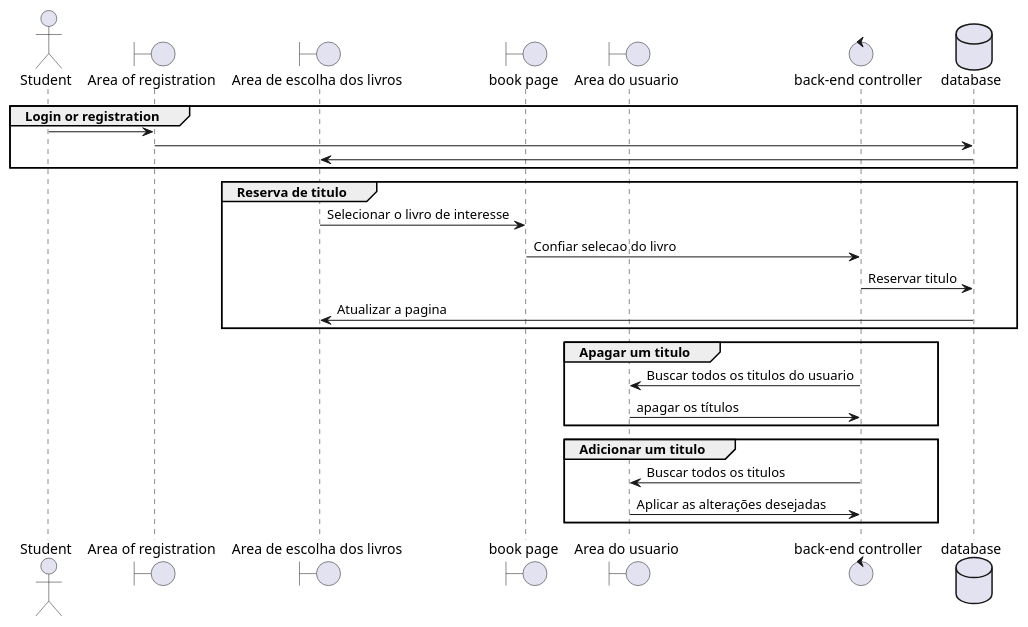
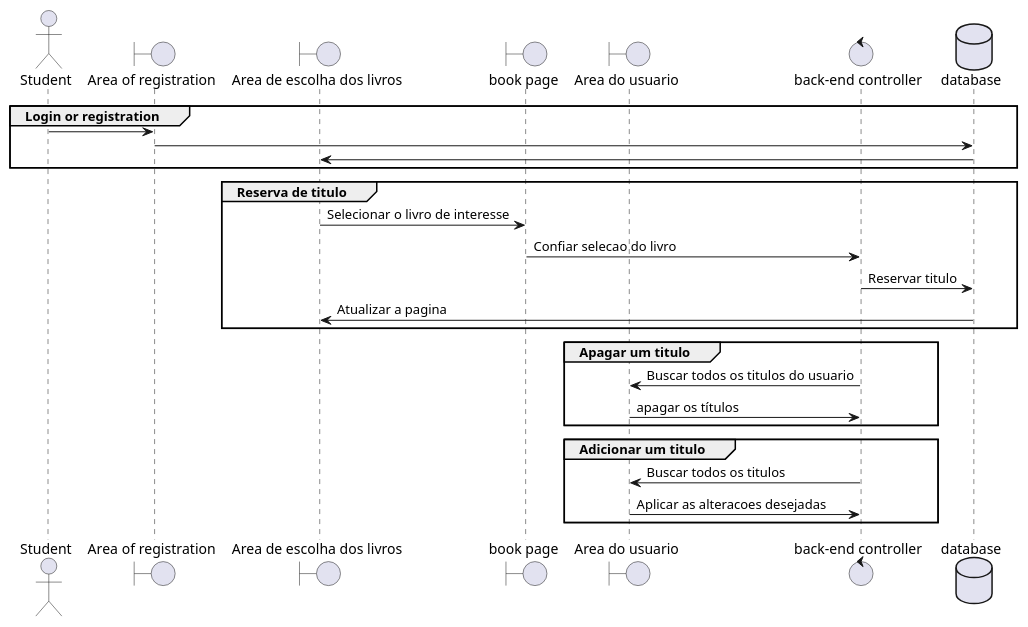
Before and after one commit to rickymal/bug-free-invention: the diagram in uml/sequence.puml, drawn with PlantUML. The commit also changed 8 other files, not shown here.

```diff
--- a/uml/sequence.puml
+++ b/uml/sequence.puml
@@ -1,55 +1,55 @@
 @startuml
 
 
 actor       Student      as student
 
 
 boundary "Area of registration" as register
 boundary "Area de escolha dos livros" as dashboard
 
 boundary "book page" as book
 boundary "Area do usuario" as dash
 
 control "back-end controller" as controller
 
 database    database    as database
 
 group Login or registration
 
 student -> register
 register -> database
 database -> dashboard
 
 end
 
 
 group Reserva de titulo 
 dashboard -> book : Selecionar o livro de interesse
 book -> controller : Confiar selecao do livro
 
 controller -> database : Reservar titulo
 database -> dashboard : Atualizar a pagina
 end
 
 group Apagar um titulo
 controller -> dash : Buscar todos os titulos do usuario
 dash -> controller : apagar os títulos
 end
 
 group Adicionar um titulo
 controller -> dash : Buscar todos os titulos
-dash -> controller : Aplicar as alterações desejadas
+dash -> controller : Aplicar as alteracoes desejadas
 end
 
 
 
 
 
 
 
 
 
 
 
 
 @enduml
```
